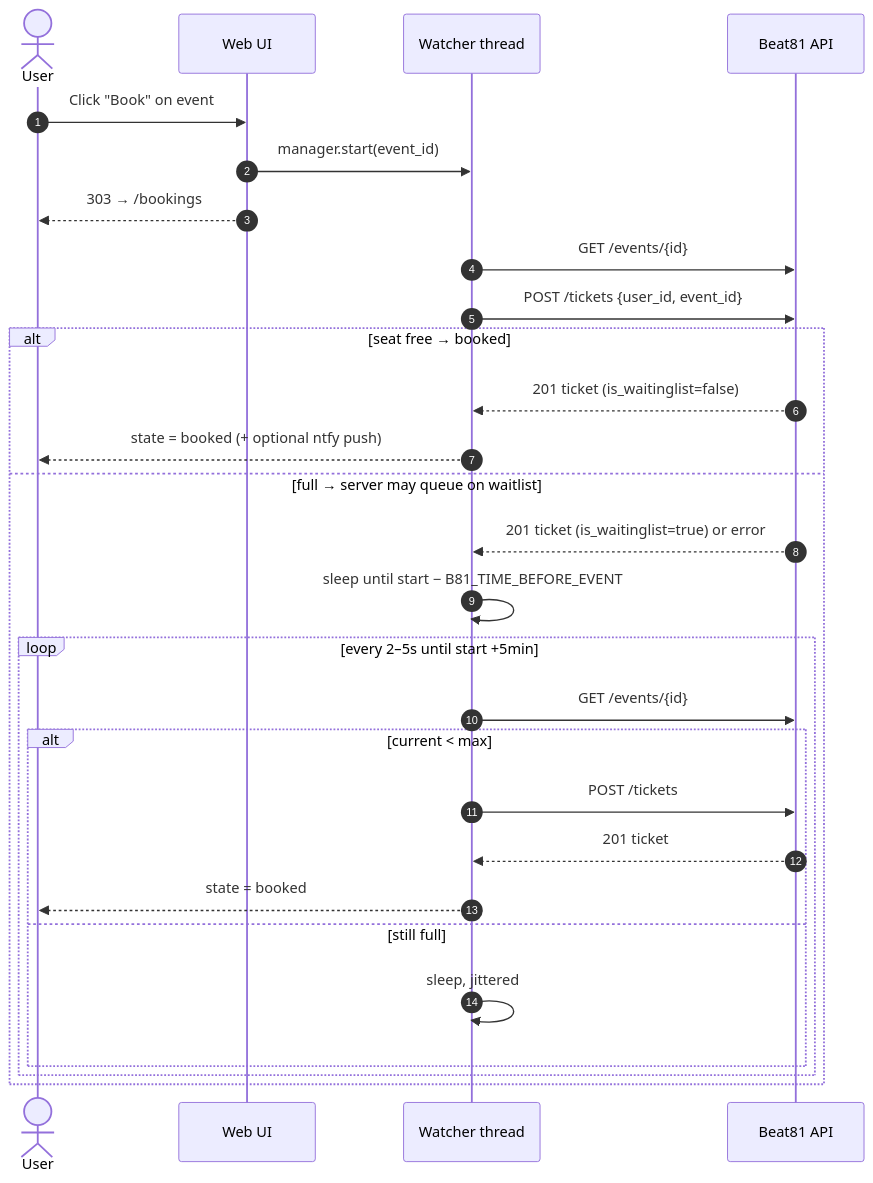
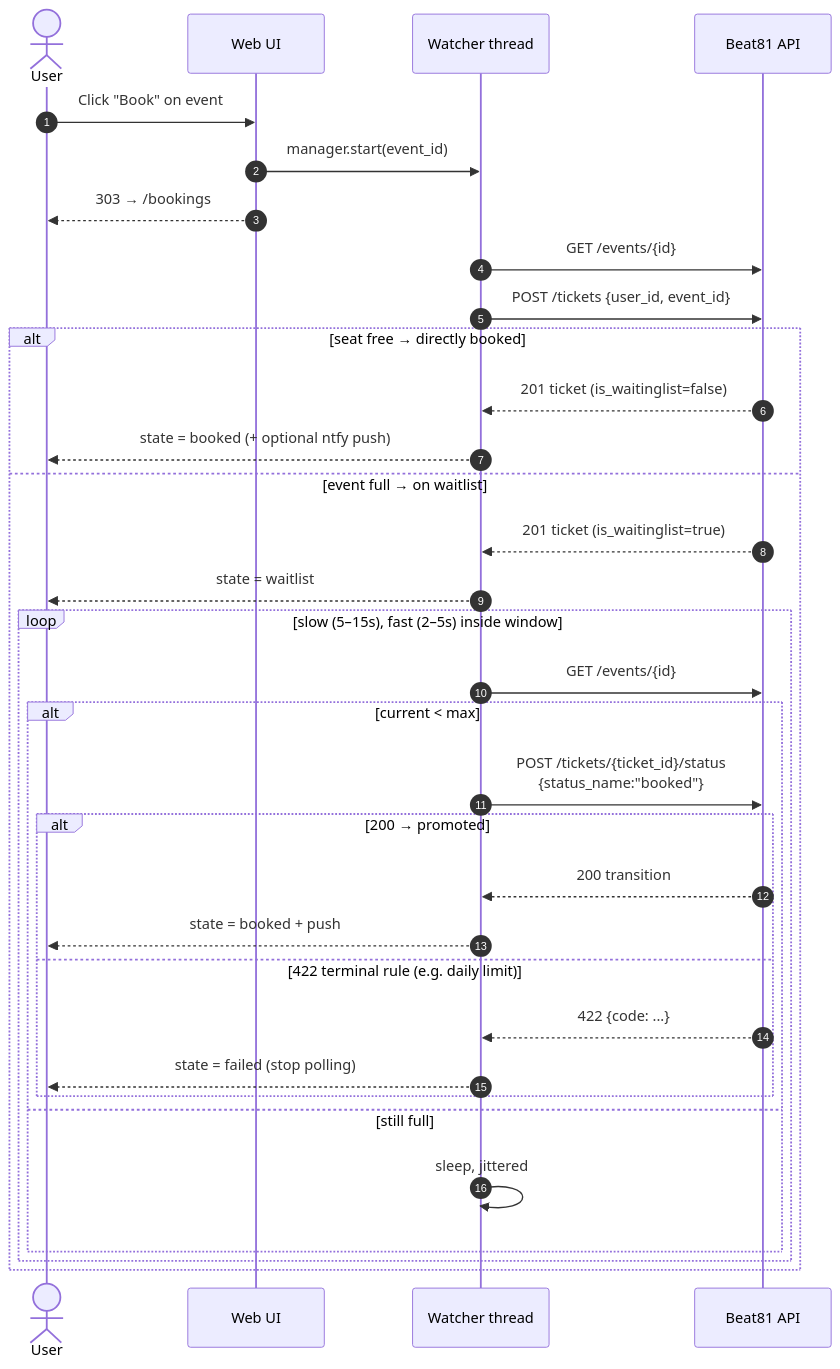
Before and after one commit to jonnbonn/beat81-seat-grabber: the second of 3 diagrams in README.md, drawn with Mermaid. The commit also changed other lines of this file and 7 other files, not shown here.

````diff
--- a/README.md
+++ b/README.md
@@ -42,31 +47,36 @@
 ```mermaid
 sequenceDiagram
   autonumber
   actor U as User
   participant UI as Web UI
   participant W as Watcher thread
   participant B as Beat81 API
 
   U->>UI: Click "Book" on event
   UI->>W: manager.start(event_id)
   UI-->>U: 303 → /bookings
   W->>B: GET /events/{id}
   W->>B: POST /tickets {user_id, event_id}
-  alt seat free → booked
+  alt seat free → directly booked
     B-->>W: 201 ticket (is_waitinglist=false)
     W-->>U: state = booked (+ optional ntfy push)
-  else full → server may queue on waitlist
-    B-->>W: 201 ticket (is_waitinglist=true) or error
-    W->>W: sleep until start − B81_TIME_BEFORE_EVENT
-    loop every 2–5s until start +5min
+  else event full → on waitlist
+    B-->>W: 201 ticket (is_waitinglist=true)
+    W-->>U: state = waitlist
+    loop slow (5–15s), fast (2–5s) inside window
       W->>B: GET /events/{id}
       alt current < max
-        W->>B: POST /tickets
-        B-->>W: 201 ticket
-        W-->>U: state = booked
+        W->>B: POST /tickets/{ticket_id}/status<br/>{status_name:"booked"}
+        alt 200 → promoted
+          B-->>W: 200 transition
+          W-->>U: state = booked + push
+        else 422 terminal rule (e.g. daily limit)
+          B-->>W: 422 {code: ...}
+          W-->>U: state = failed (stop polling)
+        end
       else still full
         W->>W: sleep, jittered
       end
     end
   end
 ```
````
